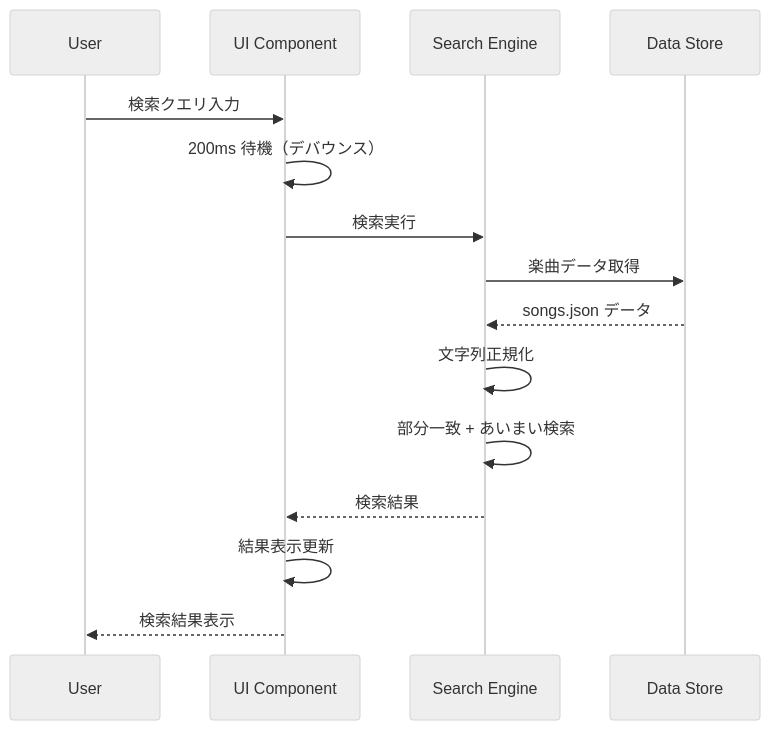
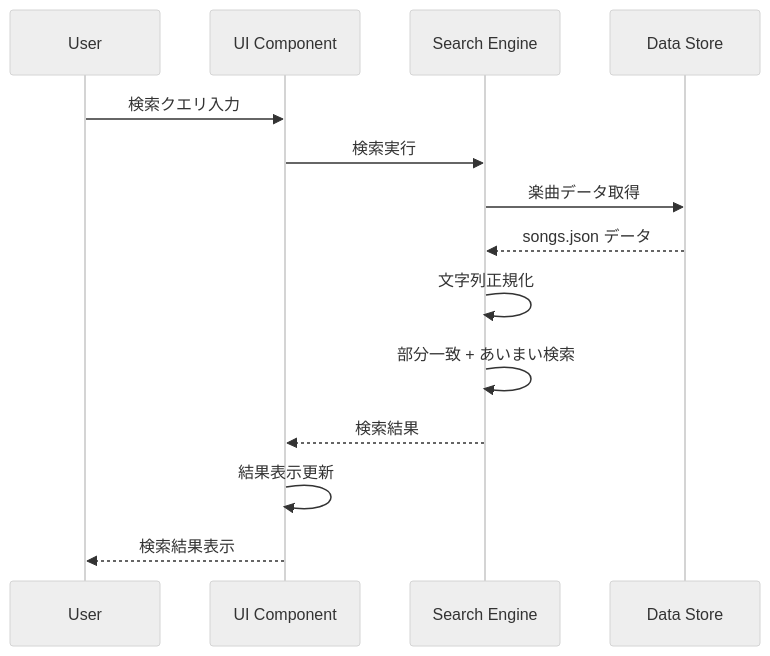
The third of 3 diagrams in doc/FUNCTIONAL_SPEC.md (osawa-naotaka/vtunelist), drawn with Mermaid (neutral theme) before and after one commit. The commit also changed other lines of this file, not shown here.

````diff
--- a/doc/FUNCTIONAL_SPEC.md
+++ b/doc/FUNCTIONAL_SPEC.md
@@ -452,18 +513,17 @@
 ```mermaid
 sequenceDiagram
     participant U as User
     participant UI as UI Component
     participant S as Search Engine
     participant D as Data Store
 
     U->>UI: 検索クエリ入力
-    UI->>UI: 200ms 待機（デバウンス）
     UI->>S: 検索実行
     S->>D: 楽曲データ取得
     D-->>S: songs.json データ
     S->>S: 文字列正規化
     S->>S: 部分一致 + あいまい検索
     S-->>UI: 検索結果
     UI->>UI: 結果表示更新
     UI-->>U: 検索結果表示
 ```
````
